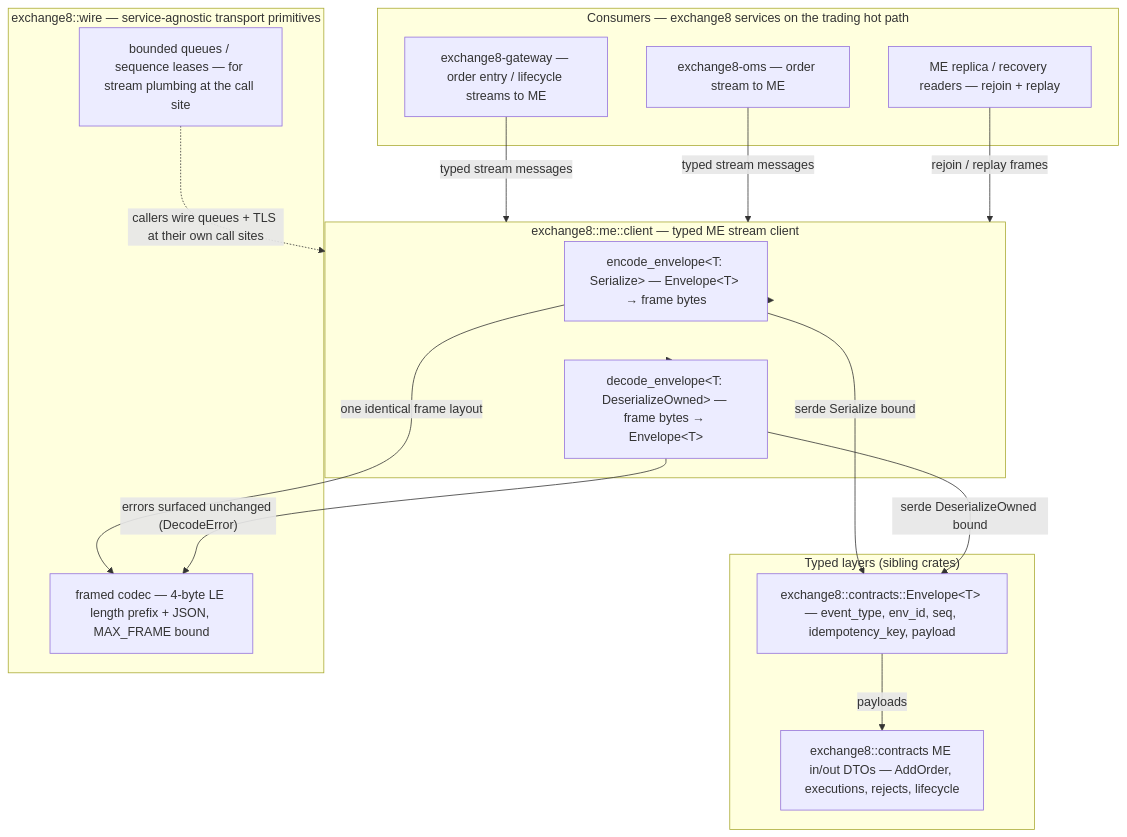
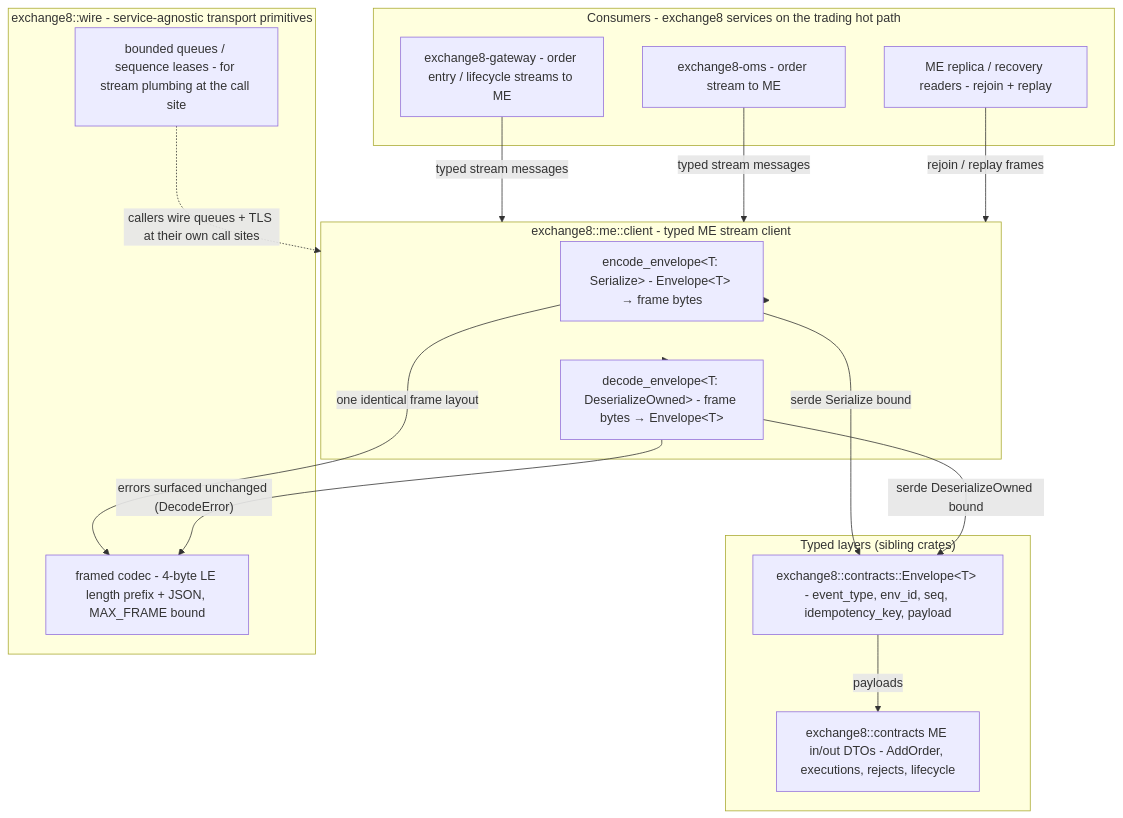
Before and after one commit to Exchange8-dev/exchange8-sdk: the diagram in crates/me/client/README.md, drawn with Mermaid. The commit also changed other lines of this file and 60 other files, not shown here.

````diff
--- a/crates/me/client/README.md
+++ b/crates/me/client/README.md
@@ -46,35 +46,35 @@
 ```mermaid
 graph TD
-    subgraph CALLERS["Consumers — exchange8 services on the trading hot path"]
-        GW["exchange8-gateway — order entry / lifecycle streams to ME"]
-        OMS["exchange8-oms — order stream to ME"]
-        RPL["ME replica / recovery readers — rejoin + replay"]
+    subgraph CALLERS["Consumers - exchange8 services on the trading hot path"]
+        GW["exchange8-gateway - order entry / lifecycle streams to ME"]
+        OMS["exchange8-oms - order stream to ME"]
+        RPL["ME replica / recovery readers - rejoin + replay"]
     end
 
-    subgraph CRATE["exchange8::me::client — typed ME stream client"]
-        ENC["encode_envelope&lt;T: Serialize&gt; — Envelope&lt;T&gt; → frame bytes"]
-        DEC["decode_envelope&lt;T: DeserializeOwned&gt; — frame bytes → Envelope&lt;T&gt;"]
+    subgraph CRATE["exchange8::me::client - typed ME stream client"]
+        ENC["encode_envelope&lt;T: Serialize&gt; - Envelope&lt;T&gt; → frame bytes"]
+        DEC["decode_envelope&lt;T: DeserializeOwned&gt; - frame bytes → Envelope&lt;T&gt;"]
     end
 
     subgraph TYPES["Typed layers (sibling crates)"]
-        ENV["exchange8::contracts::Envelope&lt;T&gt; — event_type, env_id, seq, idempotency_key, payload"]
-        DTO["exchange8::contracts ME in/out DTOs — AddOrder, executions, rejects, lifecycle"]
+        ENV["exchange8::contracts::Envelope&lt;T&gt; - event_type, env_id, seq, idempotency_key, payload"]
+        DTO["exchange8::contracts ME in/out DTOs - AddOrder, executions, rejects, lifecycle"]
     end
 
-    subgraph WIREC["exchange8::wire — service-agnostic transport primitives"]
-        FR["framed codec — 4-byte LE length prefix + JSON, MAX_FRAME bound"]
-        CH["bounded queues / sequence leases — for stream plumbing at the call site"]
+    subgraph WIREC["exchange8::wire - service-agnostic transport primitives"]
+        FR["framed codec - 4-byte LE length prefix + JSON, MAX_FRAME bound"]
+        CH["bounded queues / sequence leases - for stream plumbing at the call site"]
     end
 
     GW -- "typed stream messages" --> CRATE
     OMS -- "typed stream messages" --> CRATE
     RPL -- "rejoin / replay frames" --> CRATE
     CRATE --> ENC
     CRATE --> DEC
     ENC -- "serde Serialize bound" --> ENV
     DEC -- "serde DeserializeOwned bound" --> ENV
     ENV -- "payloads" --> DTO
     ENC -- "one identical frame layout" --> FR
     DEC -- "errors surfaced unchanged (DecodeError)" --> FR
     CH -. "callers wire queues + TLS at their own call sites" .-> CRATE
 ```
````
